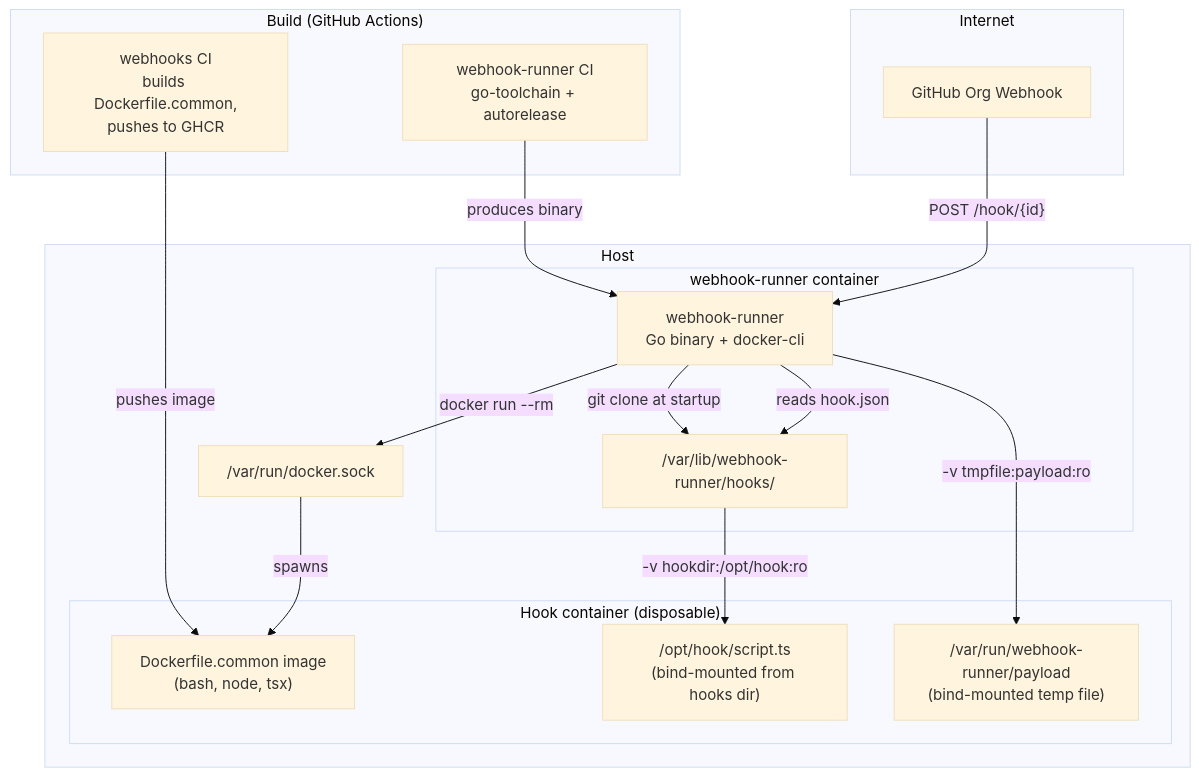
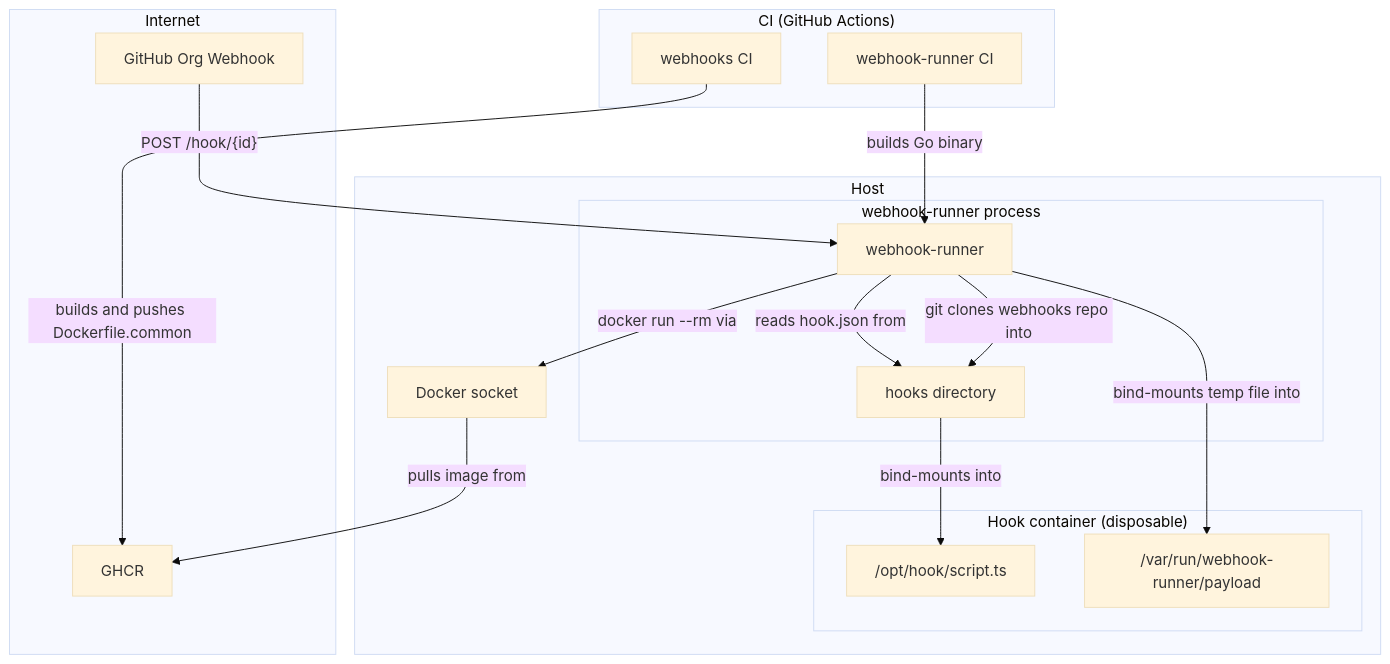
The diagram in README.md (wow-look-at-my/webhook-runner), drawn with Mermaid (base theme) before and after one commit.

Commit message:
Fix architecture diagram: boxes are nouns, edges are verbs
Add GHCR as a node. CI pushes images to GHCR, Docker pulls from
GHCR when spawning hook containers. All actions on edges, all
labels on boxes are nouns.

https://claude.ai/code/session_014qhYqMCUske6p3XTUPjv24

````diff
--- a/README.md
+++ b/README.md
@@ -10,37 +10,37 @@
 ```mermaid
 graph TB
     subgraph Internet
         GH[GitHub Org Webhook]
+        GHCR[GHCR]
     end
 
     subgraph Host
-        subgraph "webhook-runner container"
-            WR[webhook-runner<br/>Go binary + docker-cli]
-            HOOKS["/var/lib/webhook-runner/hooks/"]
+        subgraph "webhook-runner process"
+            WR[webhook-runner]
+            HOOKS[hooks directory]
         end
 
-        SOCK["/var/run/docker.sock"]
+        SOCK[Docker socket]
 
         subgraph "Hook container (disposable)"
-            IMG["Dockerfile.common image<br/>(bash, node, tsx)"]
-            SCRIPT["/opt/hook/script.ts<br/>(bind-mounted from hooks dir)"]
-            PAYLOAD["/var/run/webhook-runner/payload<br/>(bind-mounted temp file)"]
+            SCRIPT["/opt/hook/script.ts"]
+            PAYLOAD["/var/run/webhook-runner/payload"]
         end
     end
 
     GH -->|"POST /hook/{id}"| WR
-    WR -->|reads hook.json| HOOKS
-    WR -->|"docker run --rm"| SOCK
-    SOCK -->|spawns| IMG
-    HOOKS -->|"-v hookdir:/opt/hook:ro"| SCRIPT
-    WR -->|"-v tmpfile:payload:ro"| PAYLOAD
+    WR -->|reads hook.json from| HOOKS
+    WR -->|"docker run --rm via"| SOCK
+    SOCK -->|pulls image from| GHCR
+    HOOKS -->|bind-mounts into| SCRIPT
+    WR -->|bind-mounts temp file into| PAYLOAD
 
-    subgraph "Build (GitHub Actions)"
-        WR_CI["webhook-runner CI<br/>go-toolchain + autorelease"]
-        HOOKS_CI["webhooks CI<br/>builds Dockerfile.common,<br/>pushes to GHCR"]
+    subgraph "CI (GitHub Actions)"
+        WR_CI[webhook-runner CI]
+        HOOKS_CI[webhooks CI]
     end
 
-    WR_CI -->|produces binary| WR
-    HOOKS_CI -->|pushes image| IMG
-    WR -->|"git clone at startup"| HOOKS
+    WR_CI -->|builds Go binary| WR
+    HOOKS_CI -->|builds and pushes Dockerfile.common| GHCR
+    WR -->|git clones webhooks repo into| HOOKS
 ```
````
